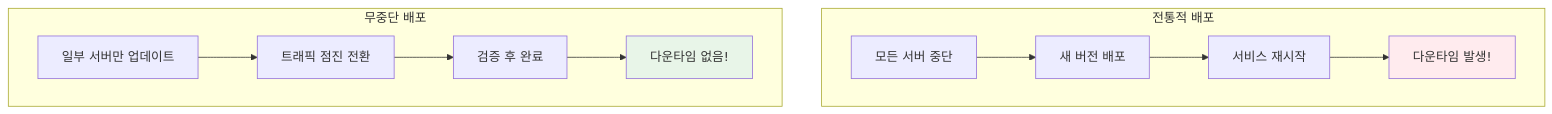
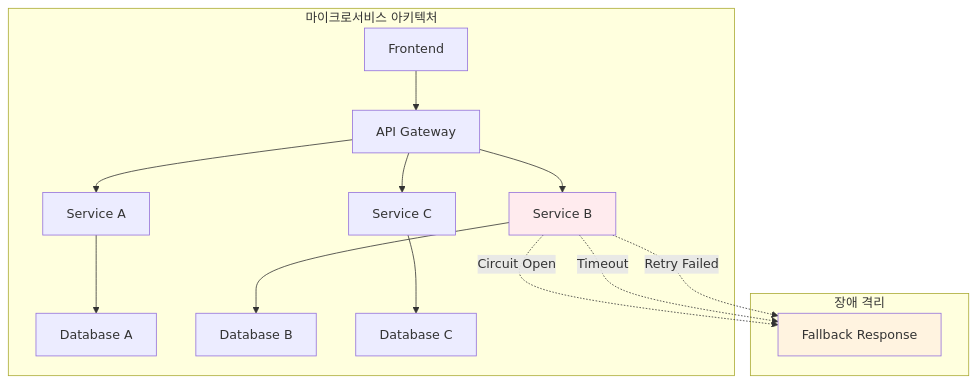
One commit to niceguy61/kdt_devops_lecture_2025 changed the fifth of 5 diagrams in theory/week_04/day2/session_3.md. Above: the diagram before and after it, drawn with Mermaid. The commit also changed other lines of this file and 2 other files, not shown here.

````diff
--- a/theory/week_04/day2/session_3.md
+++ b/theory/week_04/day2/session_3.md
@@ -553,15 +522,22 @@
 ```mermaid
 graph TB
-    subgraph "전통적 배포"
-        A1[모든 서버 중단] --> A2[새 버전 배포] --> A3[서비스 재시작]
-        A3 --> A4[다운타임 발생!]
+    subgraph "마이크로서비스 아키텍처"
+        A[Frontend] --> B[API Gateway]
+        B --> C[Service A]
+        B --> D[Service B]
+        B --> E[Service C]
+        
+        C --> F[Database A]
+        D --> G[Database B]
+        E --> H[Database C]
     end
     
-    subgraph "무중단 배포"
-        B1[일부 서버만 업데이트] --> B2[트래픽 점진 전환] --> B3[검증 후 완료]
-        B3 --> B4[다운타임 없음!]
+    subgraph "장애 격리"
+        D -.->|Circuit Open| I[Fallback Response]
+        D -.->|Timeout| I
+        D -.->|Retry Failed| I
     end
     
-    style A4 fill:#ffebee
-    style B4 fill:#e8f5e8
+    style D fill:#ffebee
+    style I fill:#fff3e0
 ```
````
